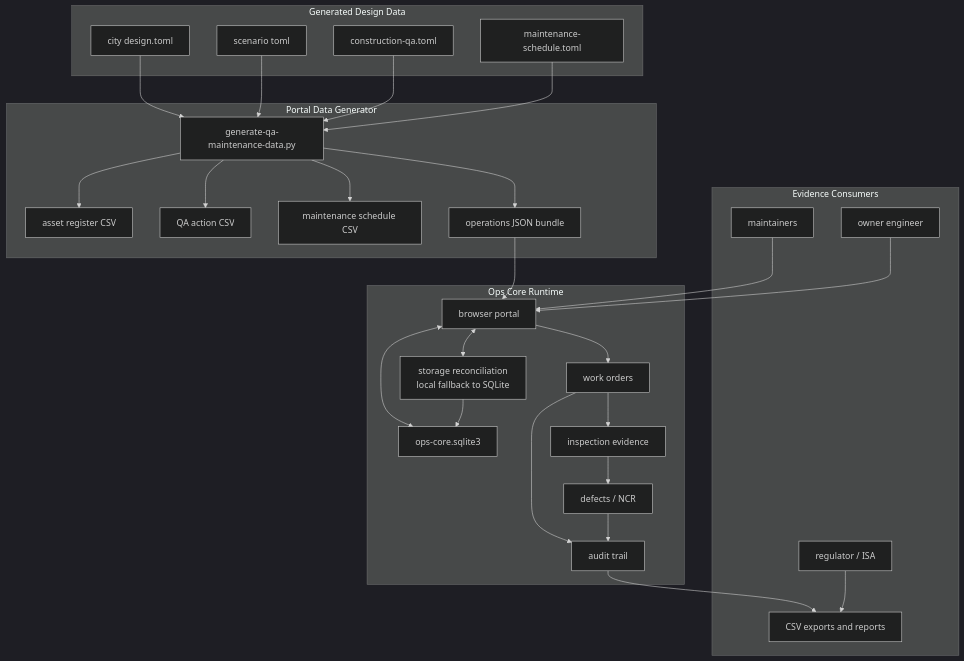
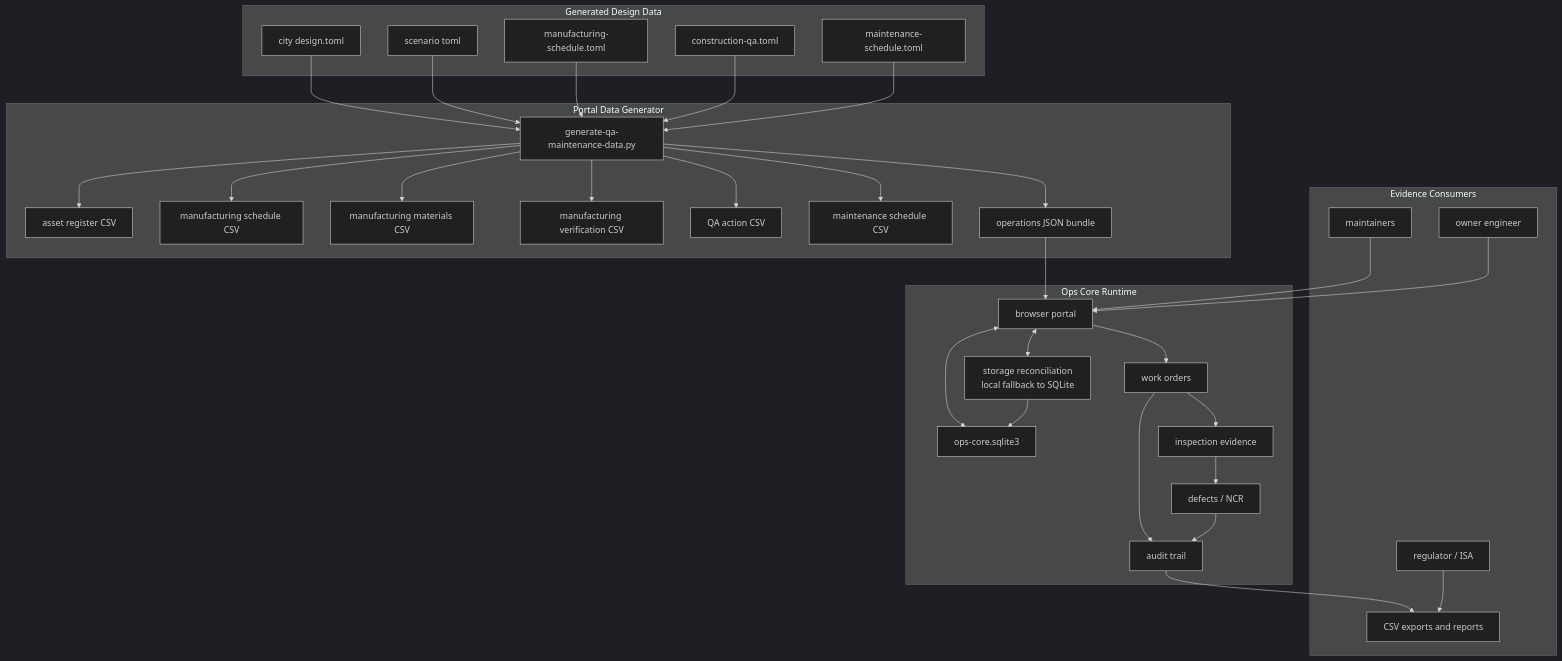
The eighth of 9 diagrams in docs/software-architecture-diagrams.md (modernecotech/OpenSourceRail), drawn with Mermaid (dark theme) before and after one commit. The commit also changed other lines of this file and 30 other files, not shown here.

````diff
--- a/docs/software-architecture-diagrams.md
+++ b/docs/software-architecture-diagrams.md
@@ -388,56 +388,64 @@
 ```mermaid
 flowchart TB
   subgraph Generated["Generated Design Data"]
     DesignToml["city design.toml"]
     ScenarioToml["scenario toml"]
+    ManufacturingTemplate["manufacturing-schedule.toml"]
     QATemplate["construction-qa.toml"]
     MaintTemplate["maintenance-schedule.toml"]
   end
 
   subgraph PortalData["Portal Data Generator"]
     Generator["generate-qa-maintenance-data.py"]
     AssetCSV["asset register CSV"]
+    ManufacturingCSV["manufacturing schedule CSV"]
+    MaterialCSV["manufacturing materials CSV"]
+    VerificationCSV["manufacturing verification CSV"]
     QACSV["QA action CSV"]
     MaintCSV["maintenance schedule CSV"]
     Bundle["operations JSON bundle"]
   end
 
   subgraph OpsCore["Ops Core Runtime"]
     Portal["browser portal"]
     SQLite["ops-core.sqlite3"]
     Reconcile["storage reconciliation\nlocal fallback to SQLite"]
     WorkOrders["work orders"]
     Inspections["inspection evidence"]
     Defects["defects / NCR"]
     Audit["audit trail"]
   end
 
   subgraph Evidence["Evidence Consumers"]
     Maintainer["maintainers"]
     OwnerEngineer["owner engineer"]
     Regulator["regulator / ISA"]
     Reports["CSV exports and reports"]
   end
 
   DesignToml --> Generator
   ScenarioToml --> Generator
+  ManufacturingTemplate --> Generator
   QATemplate --> Generator
   MaintTemplate --> Generator
   Generator --> AssetCSV
+  Generator --> ManufacturingCSV
+  Generator --> MaterialCSV
+  Generator --> VerificationCSV
   Generator --> QACSV
   Generator --> MaintCSV
   Generator --> Bundle
   Bundle --> Portal
   Portal <--> SQLite
   Portal <--> Reconcile
   Reconcile --> SQLite
   Portal --> WorkOrders
   WorkOrders --> Inspections
   Inspections --> Defects
   WorkOrders --> Audit
   Defects --> Audit
   Audit --> Reports
   Maintainer --> Portal
   OwnerEngineer --> Portal
   Regulator --> Reports
 ```
````
